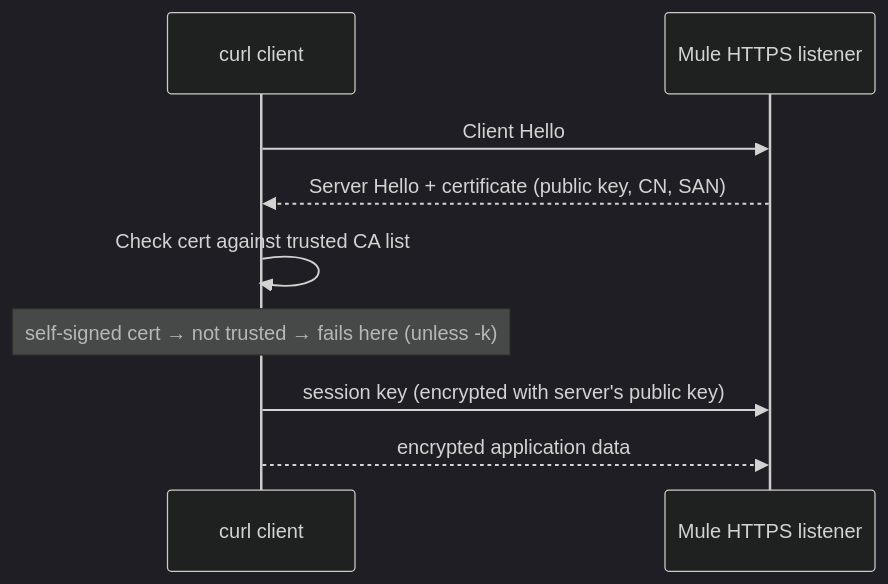
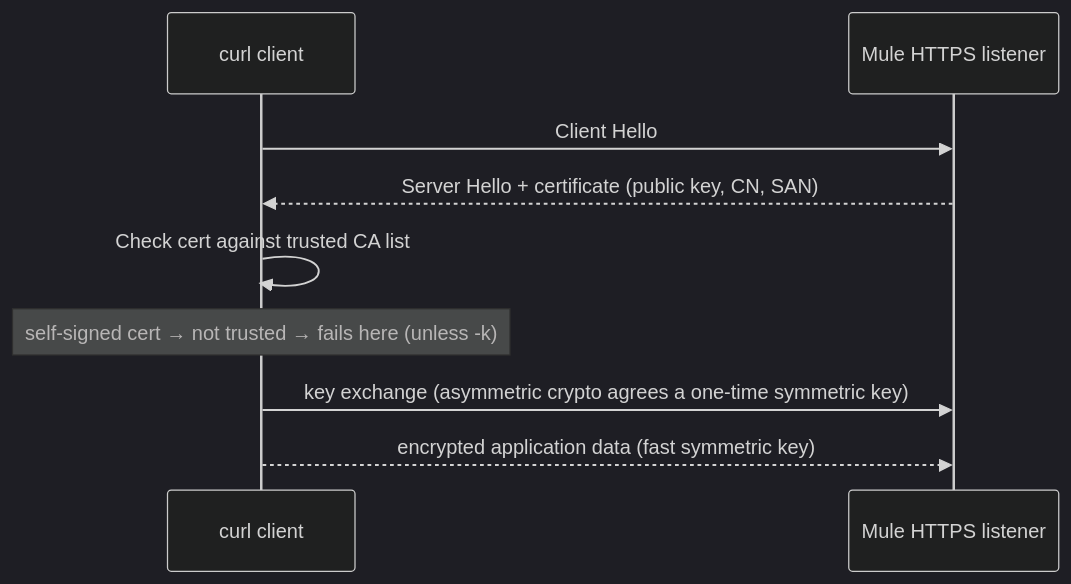
Before and after one commit to Hands-On-Project-Lab/MuleSoft-Hands-On: the fifth of 5 diagrams in concepts/09-tls-certificates.md, drawn with Mermaid (dark theme). The commit also changed other lines of this file and 1 other file, not shown here.

````diff
--- a/concepts/09-tls-certificates.md
+++ b/concepts/09-tls-certificates.md
@@ -79,11 +87,11 @@
 ```mermaid
 sequenceDiagram
   participant C as curl client
   participant S as Mule HTTPS listener
   C->>S: Client Hello
   S-->>C: Server Hello + certificate (public key, CN, SAN)
   C->>C: Check cert against trusted CA list
   Note over C: self-signed cert → not trusted → fails here (unless -k)
-  C->>S: session key (encrypted with server's public key)
-  C-->>S: encrypted application data
+  C->>S: key exchange (asymmetric crypto agrees a one-time symmetric key)
+  C-->>S: encrypted application data (fast symmetric key)
 ```
````
